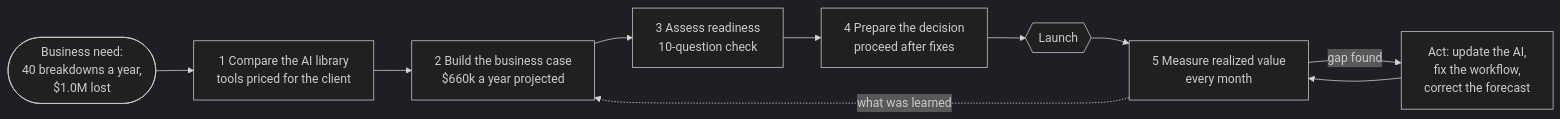
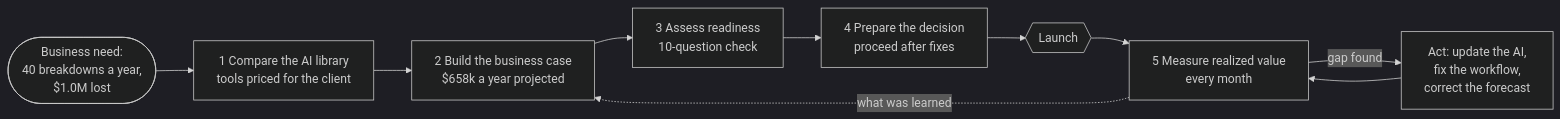
The first of 3 diagrams in docs/requirements.md (chaialishekar/AI-ROI-Navigator), drawn with Mermaid (dark theme) before and after one commit. The commit also changed 21 other files, not shown here.

````diff
--- a/docs/requirements.md
+++ b/docs/requirements.md
@@ -18,12 +18,12 @@
 ```mermaid
 flowchart LR
     N([Business need:<br/>40 breakdowns a year,<br/>$1.0M lost]) --> A[1 Compare the AI library<br/>tools priced for the client]
-    A --> B[2 Build the business case<br/>$660k a year projected]
+    A --> B[2 Build the business case<br/>$658k a year projected]
     B --> C[3 Assess readiness<br/>10-question check]
     C --> D[4 Prepare the decision<br/>proceed after fixes]
     D --> L{{Launch}}
     L --> E[5 Measure realized value<br/>every month]
     E -- gap found --> F[Act: update the AI,<br/>fix the workflow,<br/>correct the forecast]
     F --> E
     E -. what was learned .-> B
 ```
````
